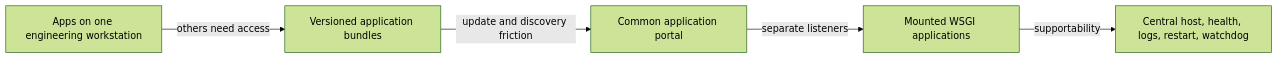
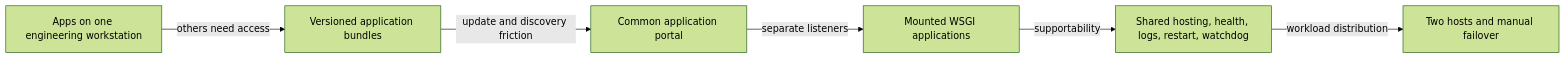
The first of 3 diagrams in case-studies/MANUFACTURING_APPLICATION_PLATFORM.md (4sy8zwp9hz-netizen/manufacturing-software-portfolio), drawn with Mermaid (forest theme) before and after one commit. The commit also changed other lines of this file and 1 other file, not shown here.

Commit message:
Clarify shared engineering platform capabilities and recovery

````diff
--- a/case-studies/MANUFACTURING_APPLICATION_PLATFORM.md
+++ b/case-studies/MANUFACTURING_APPLICATION_PLATFORM.md
@@ -75,7 +75,8 @@
 ```mermaid
 flowchart LR
     V0[Apps on one engineering workstation] -->|others need access| V1[Versioned application bundles]
     V1 -->|update and discovery friction| V2[Common application portal]
     V2 -->|separate listeners| V3[Mounted WSGI applications]
-    V3 -->|supportability| V4[Central host, health, logs, restart, watchdog]
+    V3 -->|supportability| V4[Shared hosting, health, logs, restart, watchdog]
+    V4 -->|workload distribution| V5[Two hosts and manual failover]
 ```
````
